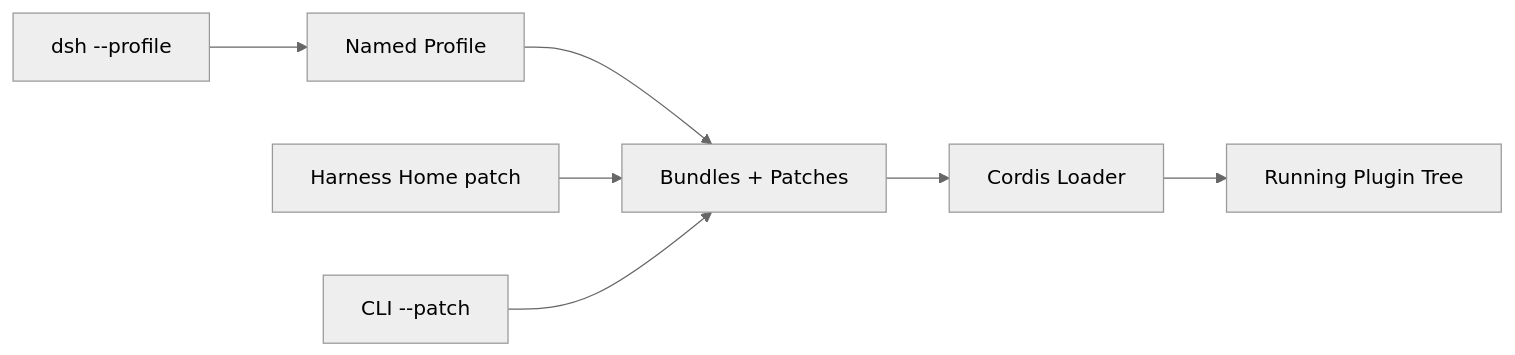
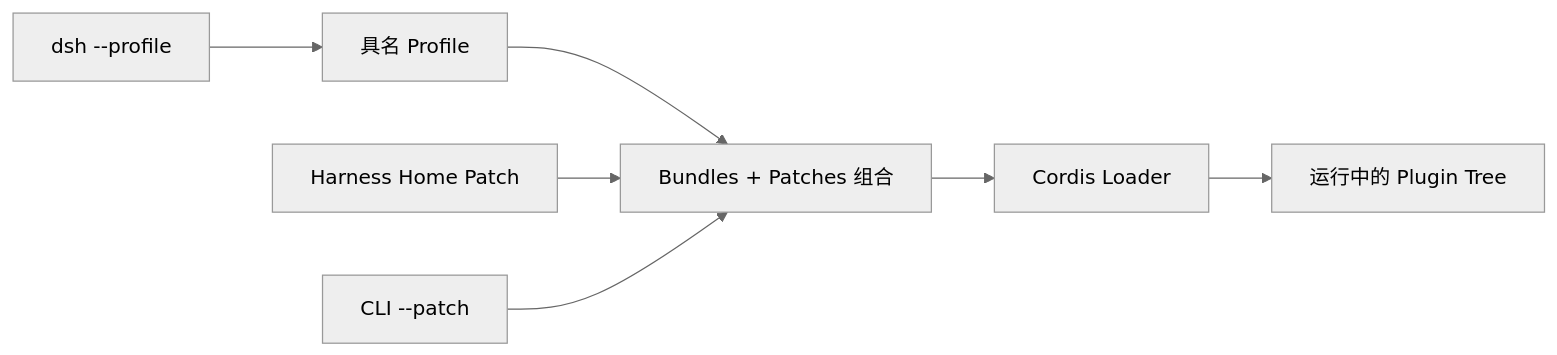
The diagram in src/react-app/content/whitepaper/v0.1.5-rc.1/02-boot-config.md (0326/dsh-plugin-market), drawn with Mermaid (neutral theme) before and after one commit. The commit also changed other lines of this file, not shown here.

Commit message:
docs: localize boot composition diagram

````diff
--- a/src/react-app/content/whitepaper/v0.1.5-rc.1/02-boot-config.md
+++ b/src/react-app/content/whitepaper/v0.1.5-rc.1/02-boot-config.md
@@ -21,9 +21,9 @@
 ```mermaid id=boot-composition
 flowchart LR
-  CLI["dsh --profile <name>"] --> P["Named Profile"]
-  P --> B["Bundles + Patches"]
+  CLI["dsh --profile <name>"] --> P["具名 Profile"]
+  P --> B["Bundles + Patches 组合"]
   B --> L["Cordis Loader"]
-  L --> T["Running Plugin Tree"]
-  H["Harness Home patch"] --> B
+  L --> T["运行中的 Plugin Tree"]
+  H["Harness Home Patch"] --> B
   C["CLI --patch"] --> B
 ```
````
